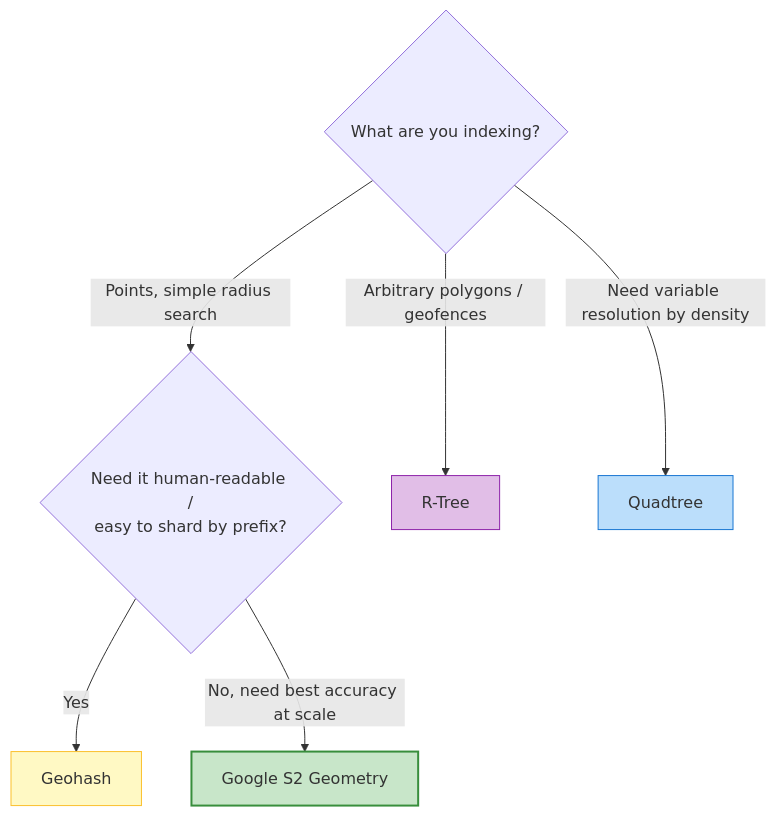
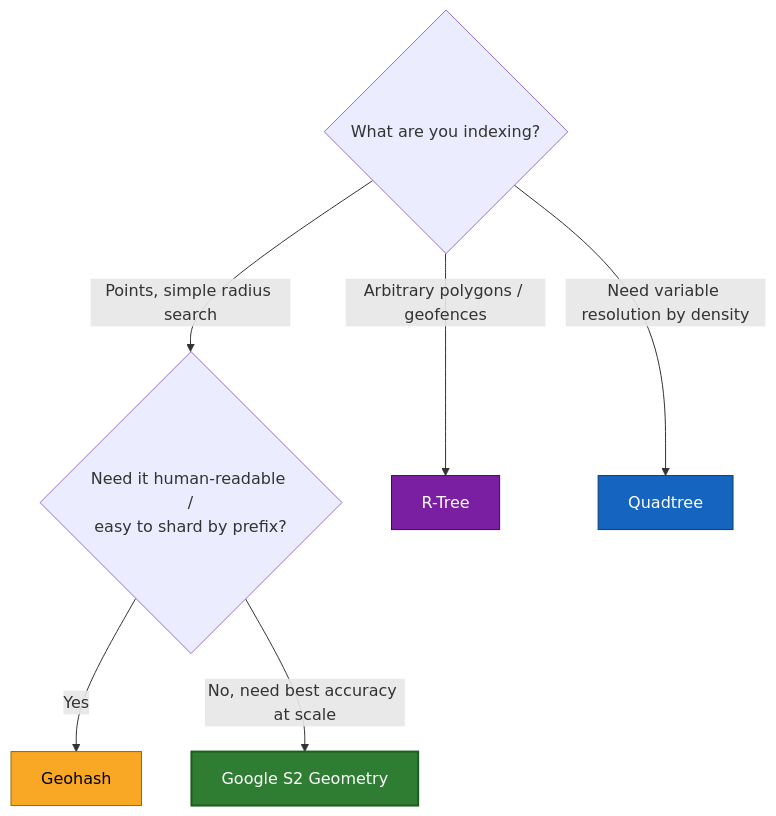
Before and after one commit to riyaz-pasha/Learnings: the ninth of 27 diagrams in system-design/HLD/0-course/28-Design Google Maps-FAANG-Guide.md, drawn with Mermaid. The commit also changed other lines of this file and 1 other file, not shown here.

First line of the commit message:
[HLD] Make Google Maps guide mermaid diagram colors theme-safe

````diff
--- a/system-design/HLD/0-course/28-Design Google Maps-FAANG-Guide.md
+++ b/system-design/HLD/0-course/28-Design Google Maps-FAANG-Guide.md
@@ -512,13 +512,13 @@
 ```mermaid
 flowchart TD
     A{"What are you indexing?"} -->|"Points, simple radius search"| B{"Need it human-readable /<br/>easy to shard by prefix?"}
     B -->|"Yes"| C["Geohash"]
     B -->|"No, need best accuracy at scale"| D["Google S2 Geometry"]
     A -->|"Arbitrary polygons / geofences"| E["R-Tree"]
     A -->|"Need variable resolution by density"| F["Quadtree"]
 
-    style C fill:#fff9c4,stroke:#fbc02d
-    style D fill:#c8e6c9,stroke:#388e3c,stroke-width:2px
-    style E fill:#e1bee7,stroke:#8e24aa
-    style F fill:#bbdefb,stroke:#1976d2
+    style C fill:#f9a825,stroke:#8d6e00,color:#000000
+    style D fill:#2e7d32,stroke:#1b5e20,color:#ffffff,stroke-width:2px
+    style E fill:#7b1fa2,stroke:#4a0072,color:#ffffff
+    style F fill:#1565c0,stroke:#0d3d73,color:#ffffff
 ```
````
